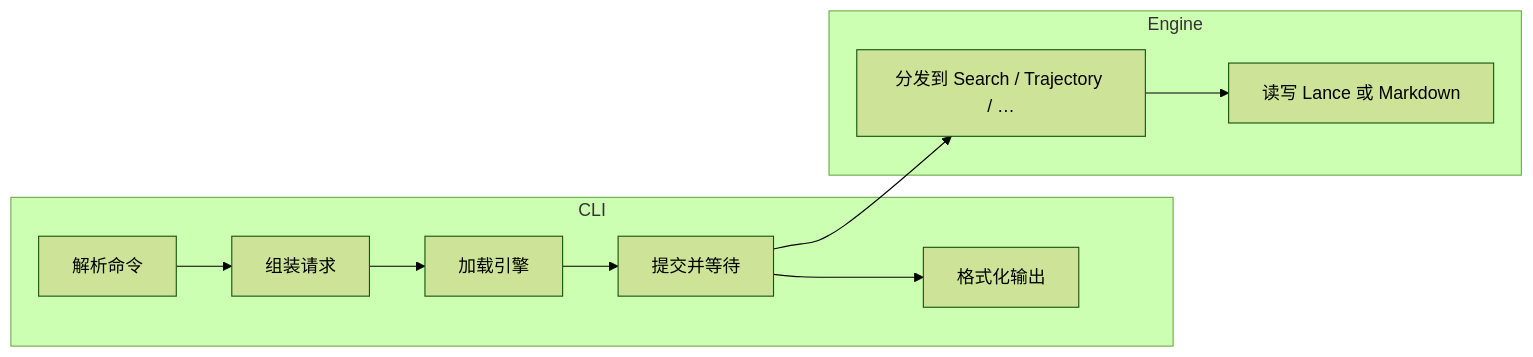
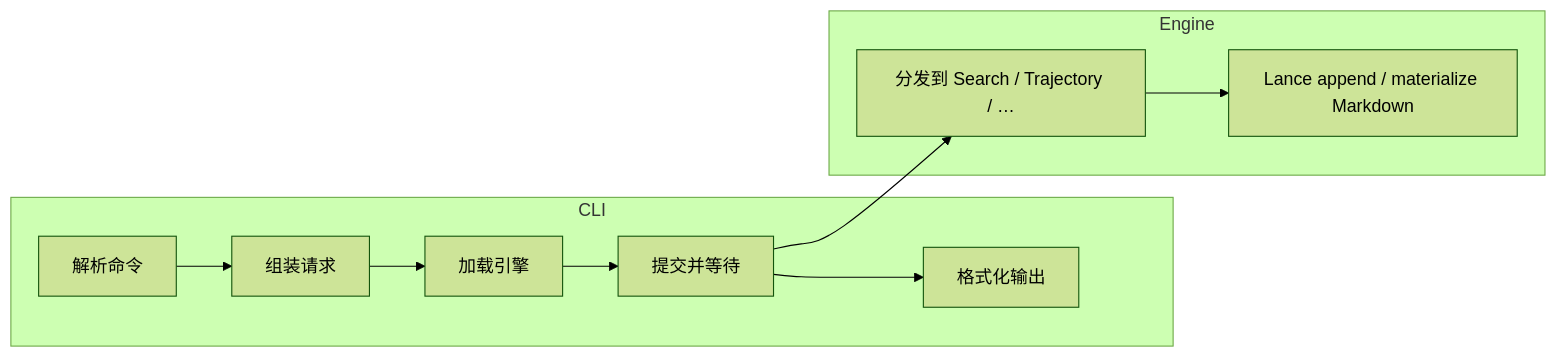
The diagram in docs/src/design/cli_architecture.zh.md (DeepLink-org/Persisting), drawn with Mermaid (forest theme) before and after one commit. The commit also changed other lines of this file and 64 other files, not shown here.

````diff
--- a/docs/src/design/cli_architecture.zh.md
+++ b/docs/src/design/cli_architecture.zh.md
@@ -99,13 +99,13 @@
 ```mermaid
 flowchart LR
   subgraph CLI
     A[解析命令] --> B[组装请求]
     B --> C[加载引擎]
     C --> D[提交并等待]
     D --> E[格式化输出]
   end
   subgraph Engine
     D --> F[分发到 Search / Trajectory / …]
-    F --> G[读写 Lance 或 Markdown]
+    F --> G[Lance append / materialize Markdown]
   end
 ```
````
